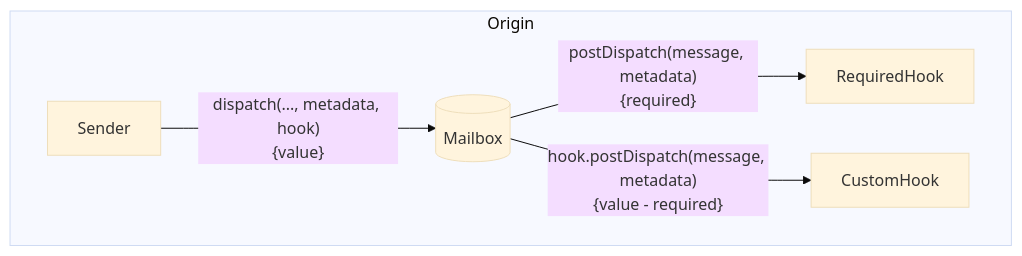
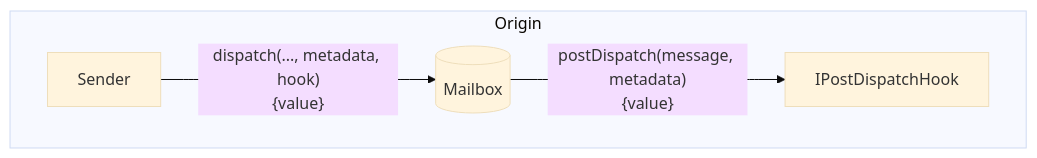
The first of 2 diagrams in docs/reference/hooks/overview.mdx (hyperlane-xyz/v3-docs), drawn with Mermaid (base theme) before and after one commit. The commit also changed 3 other files, not shown here.

````diff
--- a/docs/reference/hooks/overview.mdx
+++ b/docs/reference/hooks/overview.mdx
@@ -8,13 +8,11 @@
 ```mermaid
 flowchart TB
     subgraph Origin
       Sender
       M_O[(Mailbox)]
-      Hook[CustomHook]
-      RequiredHook[RequiredHook]
+      Hook[IPostDispatchHook]
 
       Sender -- "dispatch(..., metadata, hook)\n{value}" --> M_O
-      M_O -- "postDispatch(message, metadata)\n{required}" --> RequiredHook
-      M_O -- "hook.postDispatch(message, metadata)\n{value - required}" --> Hook
+      M_O -- "postDispatch(message, metadata)\n{value}" --> Hook
     end
 ``` 
````
